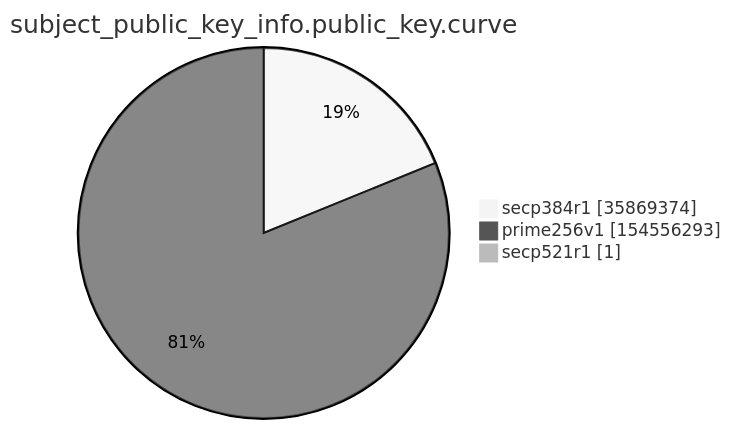
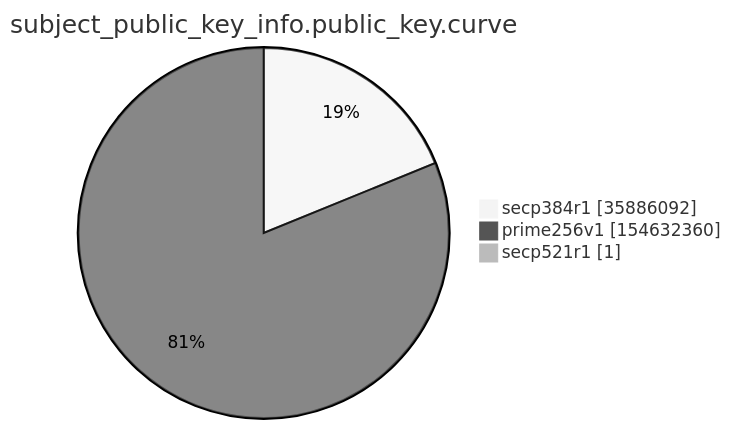
The ninth of 15 diagrams in argon2022/README.md (christiankrug/ctmonitor_visualization), drawn with Mermaid (neutral theme) before and after one commit. The commit also changed other lines of this file, not shown here.

````diff
--- a/argon2022/README.md
+++ b/argon2022/README.md
@@ -2766,7 +2766,7 @@
 ```mermaid
 pie showData
 title subject_public_key_info.public_key.curve
-"secp384r1" :35869374
-"prime256v1" :154556293
+"secp384r1" :35886092
+"prime256v1" :154632360
 "secp521r1" :1
 ```
````
